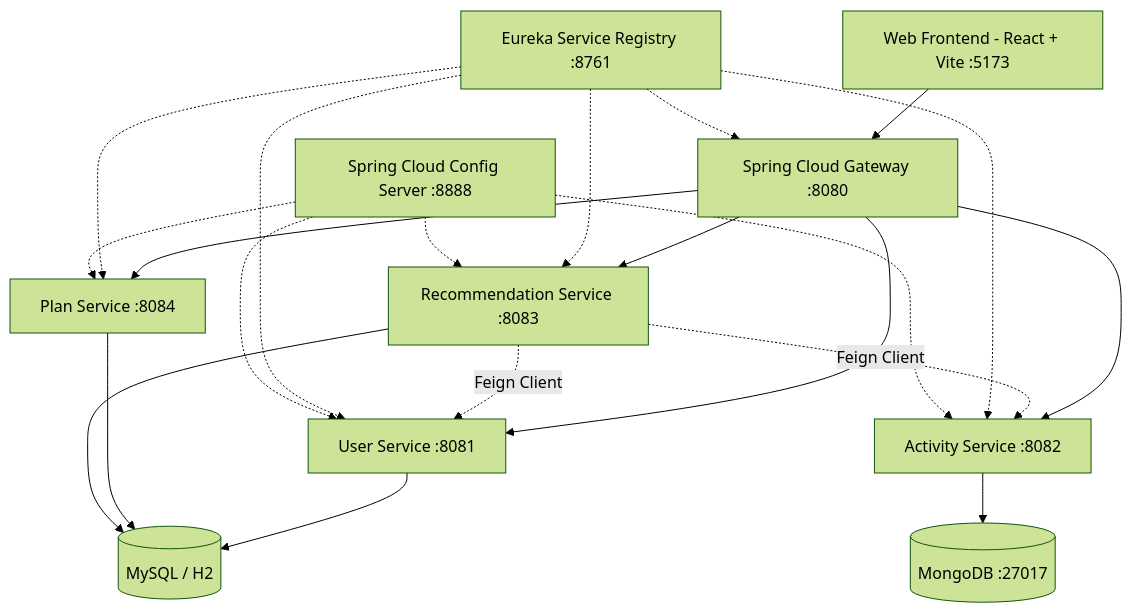
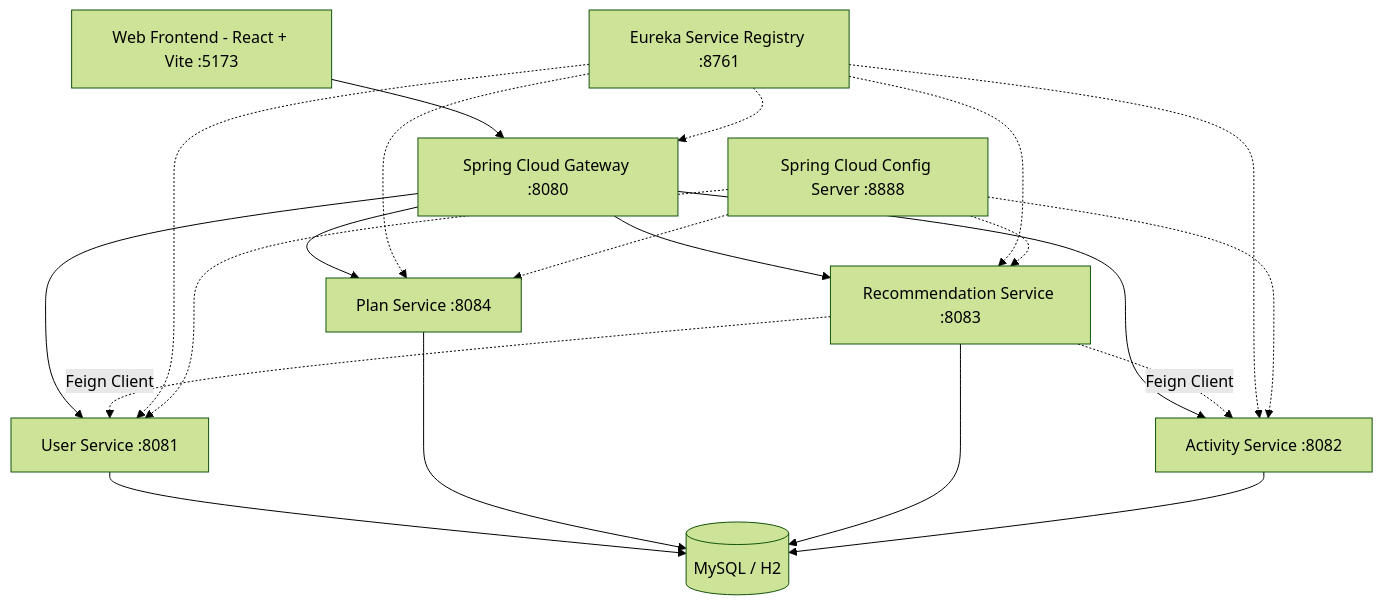
One commit to PiyushTekriwal/FitTrack changed the diagram in README.md. Above: the diagram before and after it, drawn with Mermaid (forest theme). The commit also changed other lines of this file and 21 other files, not shown here.

````diff
--- a/README.md
+++ b/README.md
@@ -7,28 +7,28 @@
 ```mermaid
 graph TD
     Client[Web Frontend - React + Vite :5173] --> API_GW[Spring Cloud Gateway :8080]
     
     API_GW --> US[User Service :8081]
     API_GW --> AS[Activity Service :8082]
     API_GW --> RS[Recommendation Service :8083]
     API_GW --> PS[Plan Service :8084]
     
     US --> DB1[(MySQL / H2)]
     PS --> DB1
     RS --> DB1
-    AS --> MongoDB[(MongoDB :27017)]
+    AS --> DB1
     
     RS -.->|Feign Client| US
     RS -.->|Feign Client| AS
     
     ES[Eureka Service Registry :8761] -.-> API_GW
     ES -.-> US
     ES -.-> AS
     ES -.-> RS
     ES -.-> PS
     
     CS[Spring Cloud Config Server :8888] -.-> US
     CS -.-> AS
     CS -.-> RS
     CS -.-> PS
 ```
````
